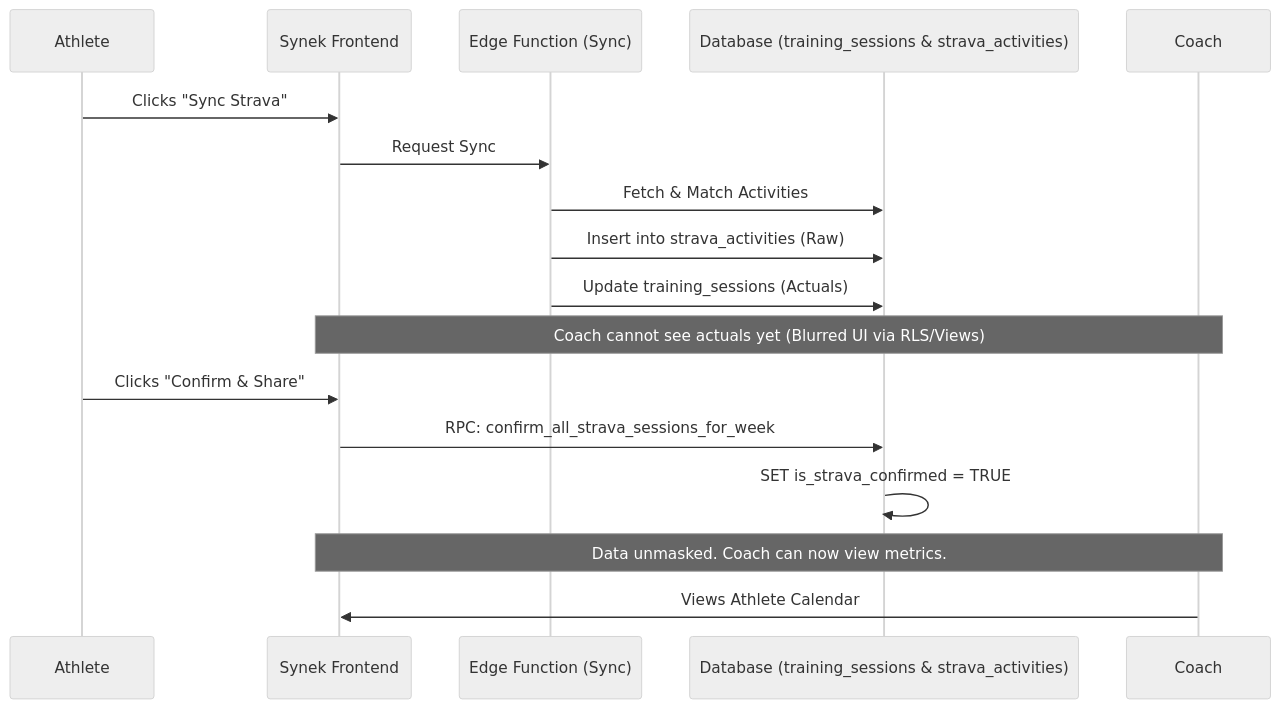
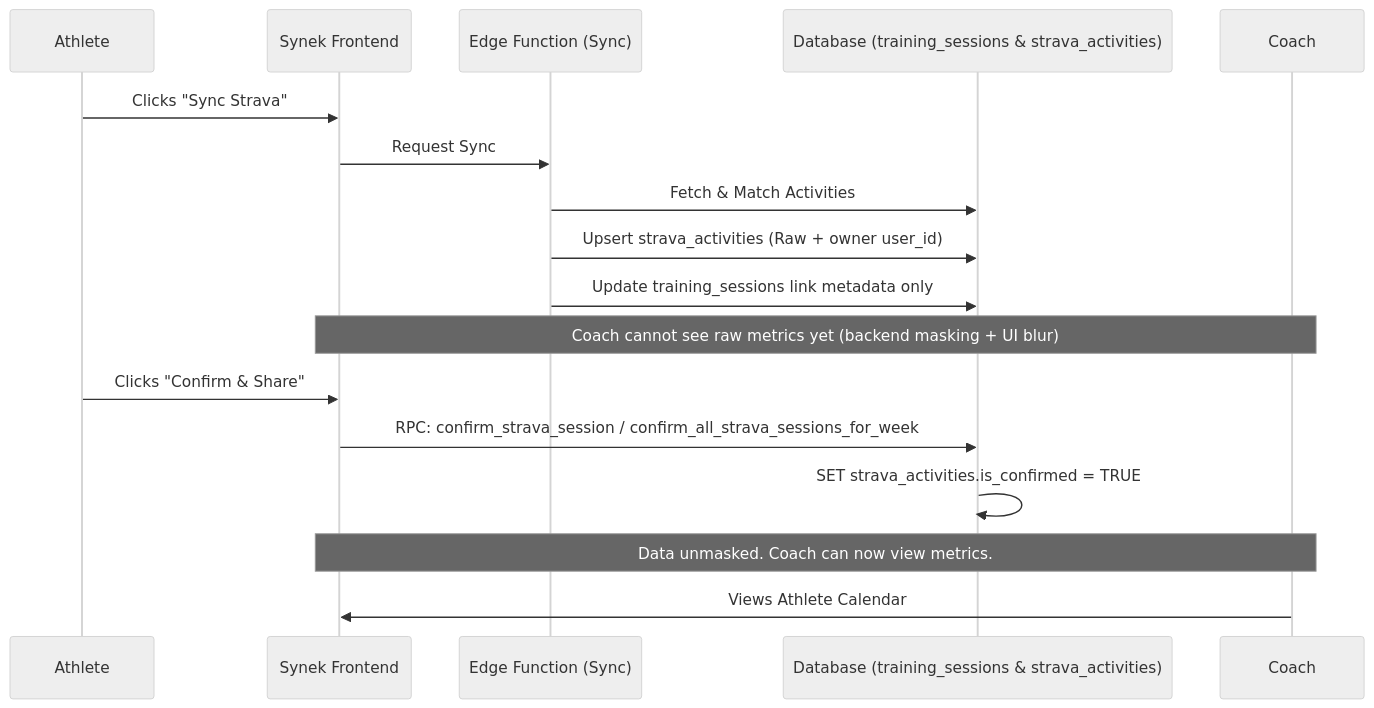
One commit to AC3m/synek changed the second of 2 diagrams in docs/architecture/overview.md. Above: the diagram before and after it, drawn with Mermaid (neutral theme). The commit also changed other lines of this file and 24 other files, not shown here.

````diff
--- a/docs/architecture/overview.md
+++ b/docs/architecture/overview.md
@@ -60,23 +60,23 @@
 ```mermaid
 sequenceDiagram
     participant Athlete
     participant UI as Synek Frontend
     participant Edge as Edge Function (Sync)
     participant DB as Database (training_sessions & strava_activities)
     participant Coach
 
     Athlete->>UI: Clicks "Sync Strava"
     UI->>Edge: Request Sync
     Edge->>DB: Fetch & Match Activities
-    Edge->>DB: Insert into strava_activities (Raw)
-    Edge->>DB: Update training_sessions (Actuals)
+    Edge->>DB: Upsert strava_activities (Raw + owner user_id)
+    Edge->>DB: Update training_sessions link metadata only
     
-    Note over UI, Coach: Coach cannot see actuals yet (Blurred UI via RLS/Views)
+    Note over UI, Coach: Coach cannot see raw metrics yet (backend masking + UI blur)
     
     Athlete->>UI: Clicks "Confirm & Share"
-    UI->>DB: RPC: confirm_all_strava_sessions_for_week
-    DB->>DB: SET is_strava_confirmed = TRUE
+    UI->>DB: RPC: confirm_strava_session / confirm_all_strava_sessions_for_week
+    DB->>DB: SET strava_activities.is_confirmed = TRUE
     
     Note over UI, Coach: Data unmasked. Coach can now view metrics.
     Coach->>UI: Views Athlete Calendar
 ```
````
